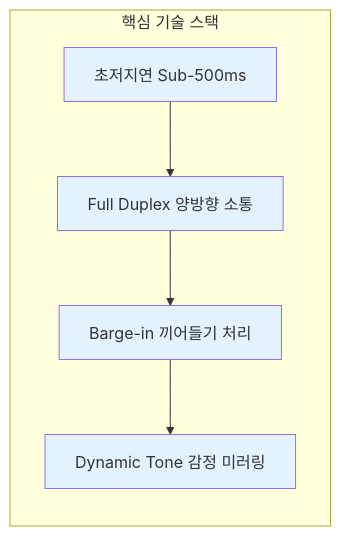
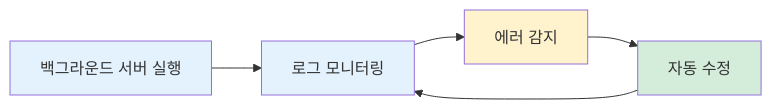
One commit to Kanghyeop/pages-book-agent101 changed the first of 3 diagrams in appendix-b/B01.md. Above: the diagram before and after it, drawn with Mermaid. The commit also changed other lines of this file and 12 other files, not shown here.

````diff
--- a/appendix-b/B01.md
+++ b/appendix-b/B01.md
@@ -201,13 +75,12 @@
 ```mermaid
 flowchart LR
-    subgraph Tech["핵심 기술 스택"]
-        A["초저지연 Sub-500ms"] --> B["Full Duplex 양방향 소통"]
-        B --> C["Barge-in 끼어들기 처리"]
-        C --> D["Dynamic Tone 감정 미러링"]
-    end
+    A["백그라운드 서버 실행"] --> B["로그 모니터링"]
+    B --> C["에러 감지"]
+    C --> D["자동 수정"]
+    D --> B
 
     style A fill:#E3F2FD
     style B fill:#E3F2FD
-    style C fill:#E3F2FD
-    style D fill:#E3F2FD
+    style C fill:#FFF3CD
+    style D fill:#D4EDDA
 ```
````
